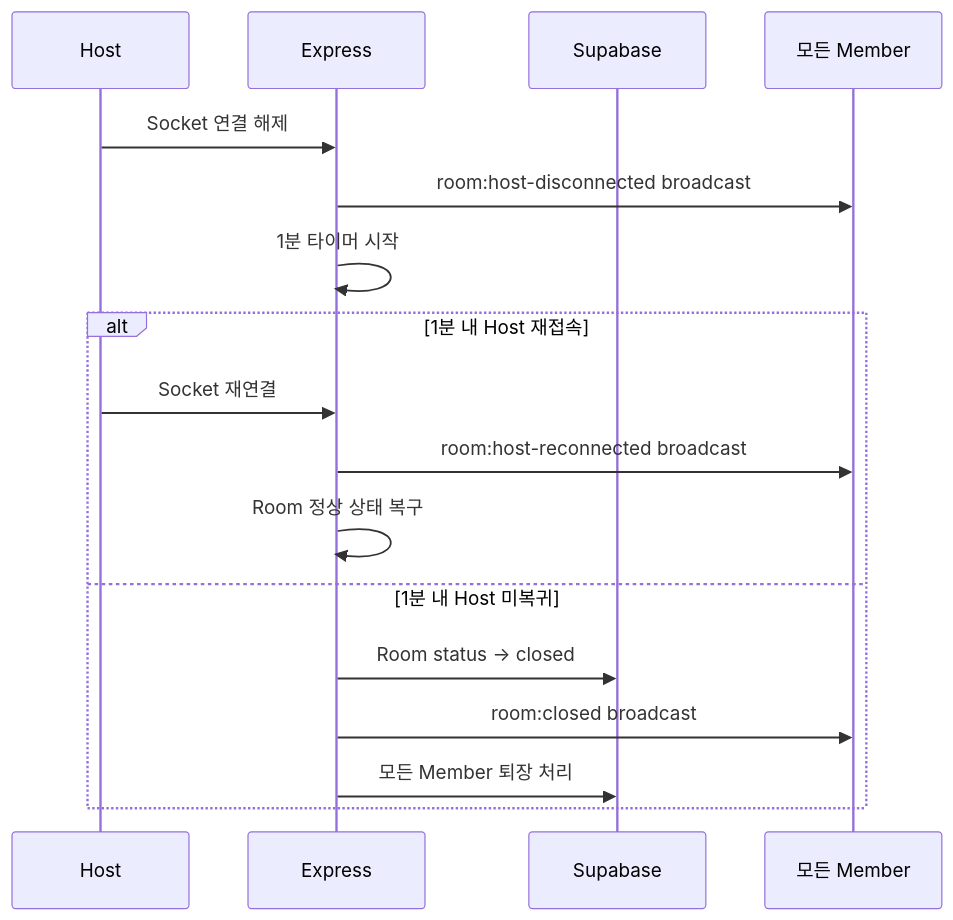
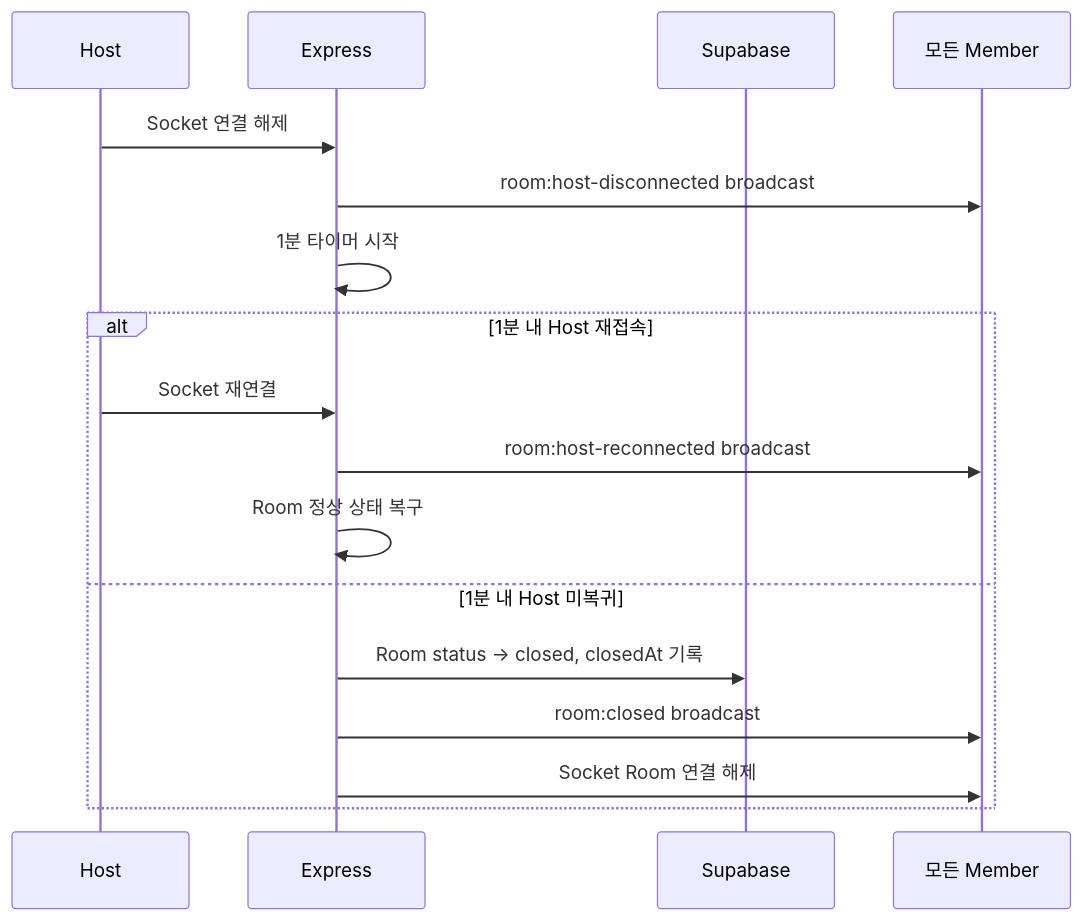
The ninth of 11 diagrams in docs/02-system-architecture.md (TechUP-SYFITY/SYFITY), drawn with Mermaid before and after one commit. The commit also changed other lines of this file and 11 other files, not shown here.

````diff
--- a/docs/02-system-architecture.md
+++ b/docs/02-system-architecture.md
@@ -472,21 +513,21 @@
 ```mermaid
 sequenceDiagram
     participant Host
     participant BE as Express
     participant DB as Supabase
     participant Members as 모든 Member
 
     Host->>BE: Socket 연결 해제
     BE->>Members: room:host-disconnected broadcast
     BE->>BE: 1분 타이머 시작
 
     alt 1분 내 Host 재접속
         Host->>BE: Socket 재연결
         BE->>Members: room:host-reconnected broadcast
         BE->>BE: Room 정상 상태 복구
     else 1분 내 Host 미복귀
-        BE->>DB: Room status → closed
+        BE->>DB: Room status → closed, closedAt 기록
         BE->>Members: room:closed broadcast
-        BE->>DB: 모든 Member 퇴장 처리
+        BE->>Members: Socket Room 연결 해제
     end
 ```
````
